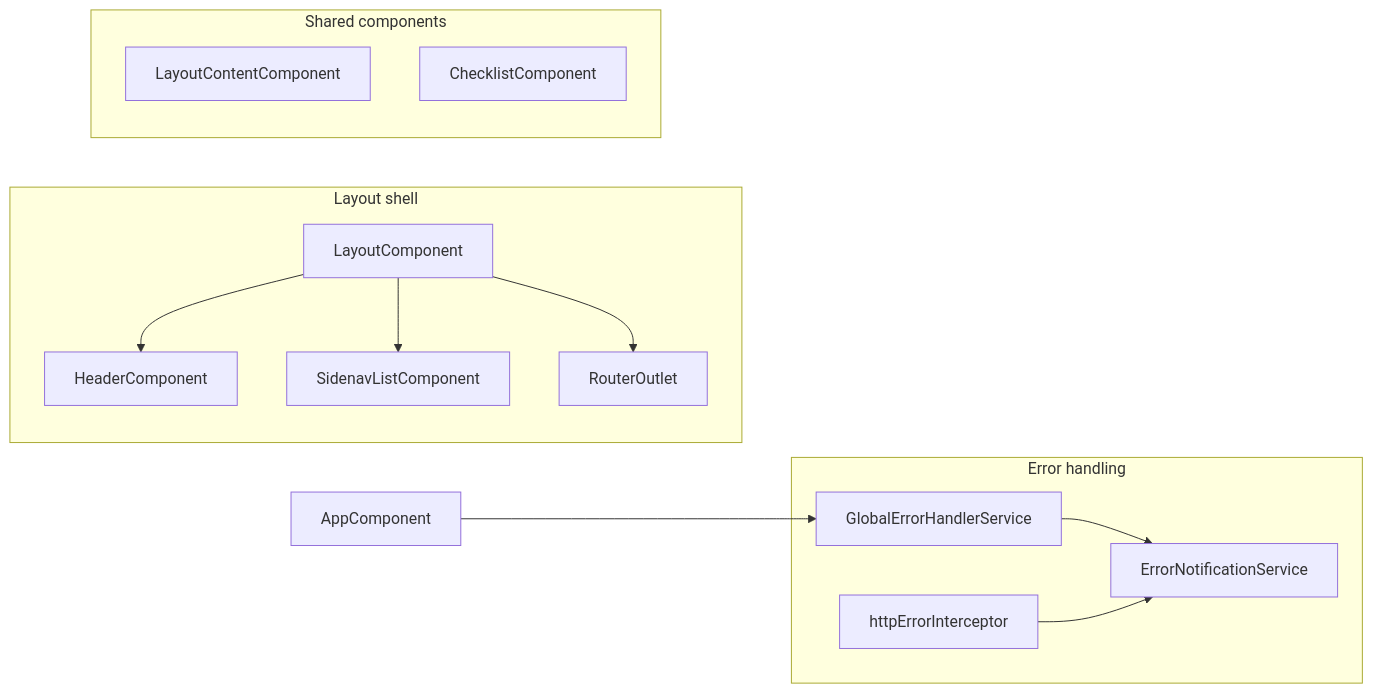
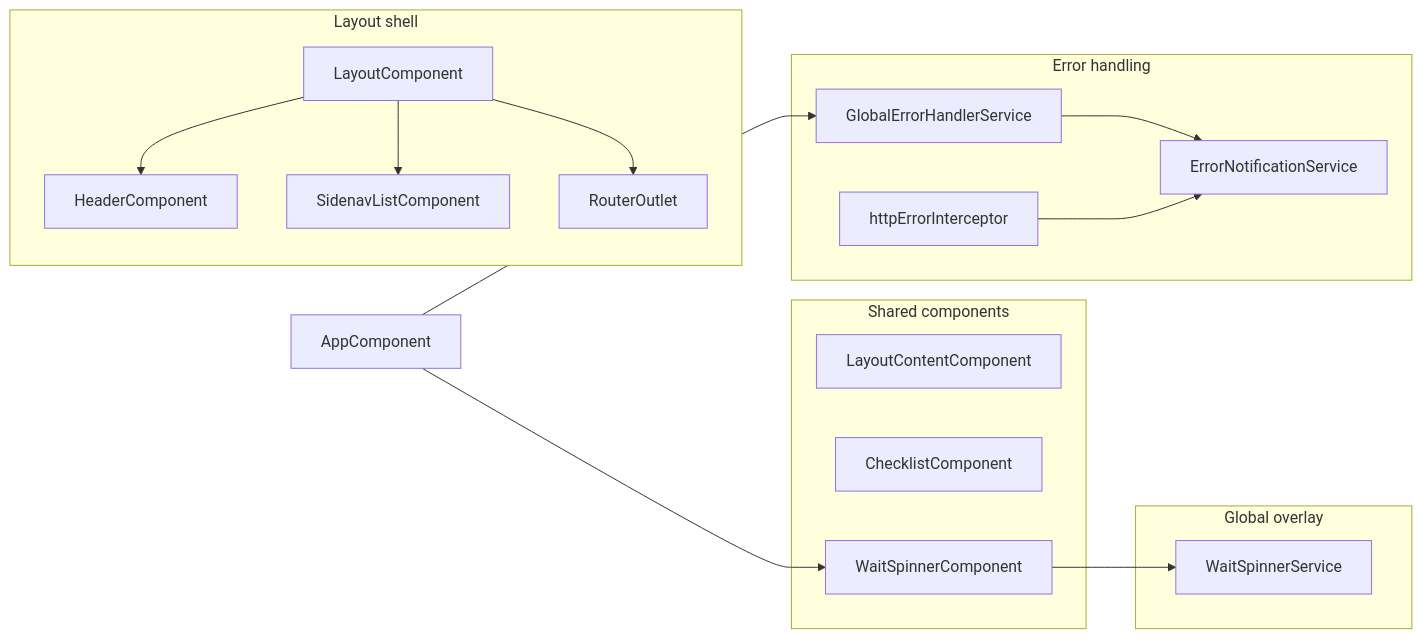
The second of 11 diagrams in README.md (lkovari/LKovariHome), drawn with Mermaid before and after one commit. The commit also changed other lines of this file and 22 other files, not shown here.

````diff
--- a/README.md
+++ b/README.md
@@ -122,26 +129,33 @@
 ```mermaid
 flowchart LR
   subgraph layout["Layout shell"]
     LC[LayoutComponent]
     LC --> Header
     LC --> Sidenav
     LC --> RouterOutlet
   end
 
   subgraph shared["Shared components"]
     Header[HeaderComponent]
     Sidenav[SidenavListComponent]
     LContent[LayoutContentComponent]
     Checklist[ChecklistComponent]
+    WaitSpinner[WaitSpinnerComponent]
+  end
+
+  subgraph overlay["Global overlay"]
+    WSS[WaitSpinnerService]
+    WaitSpinner --> WSS
   end
 
   subgraph errors["Error handling"]
     GEH[GlobalErrorHandlerService]
     HTTP[httpErrorInterceptor]
     ENS[ErrorNotificationService]
     GEH --> ENS
     HTTP --> ENS
   end
 
   AppComponent --> GEH
+  AppComponent --> WaitSpinner
 ```
````
